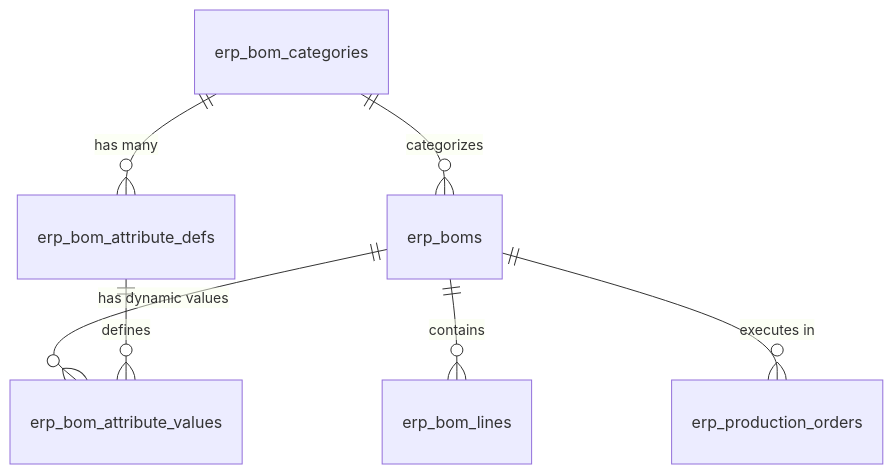
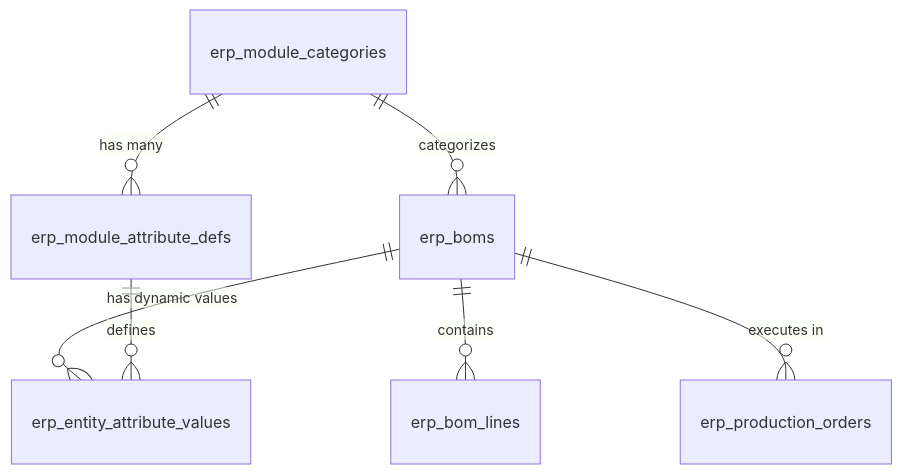
One commit to kindustries-erp/erp-api changed the diagram in .agents/skills/modules/bom-core/SKILL.md. Above: the diagram before and after it, drawn with Mermaid. The commit also changed other lines of this file and 42 other files, not shown here.

Commit message:
refactor(module-config): migrate dynamic custom fields and categories from bom prefix to unified module-config

````diff
--- a/.agents/skills/modules/bom-core/SKILL.md
+++ b/.agents/skills/modules/bom-core/SKILL.md
@@ -35,9 +35,9 @@
 ```mermaid
 erDiagram
-    erp_bom_categories ||--o{ erp_bom_attribute_defs : "has many"
-    erp_bom_categories ||--o{ erp_boms : "categorizes"
+    erp_module_categories ||--o{ erp_module_attribute_defs : "has many"
+    erp_module_categories ||--o{ erp_boms : "categorizes"
     erp_boms ||--o{ erp_bom_lines : "contains"
-    erp_boms ||--o{ erp_bom_attribute_values : "has dynamic values"
-    erp_bom_attribute_defs ||--o{ erp_bom_attribute_values : "defines"
+    erp_boms ||--o{ erp_entity_attribute_values : "has dynamic values"
+    erp_module_attribute_defs ||--o{ erp_entity_attribute_values : "defines"
     erp_boms ||--o{ erp_production_orders : "executes in"
 ```
````
